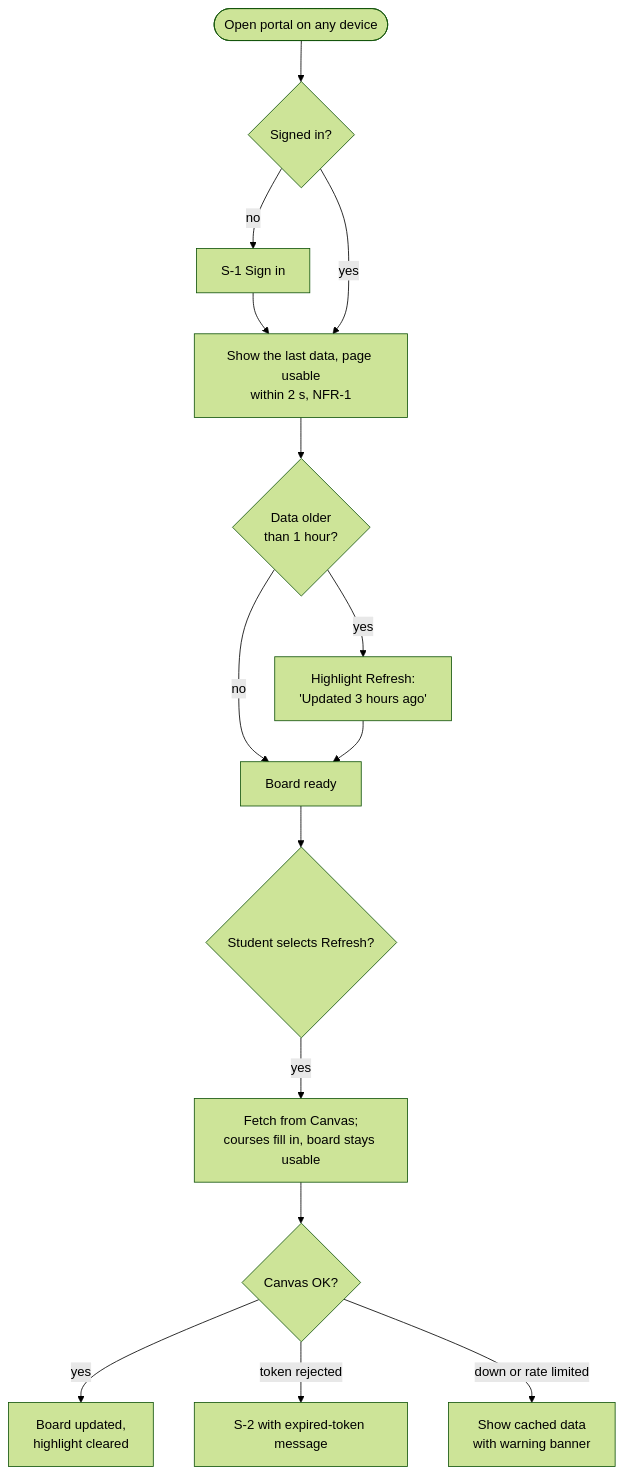
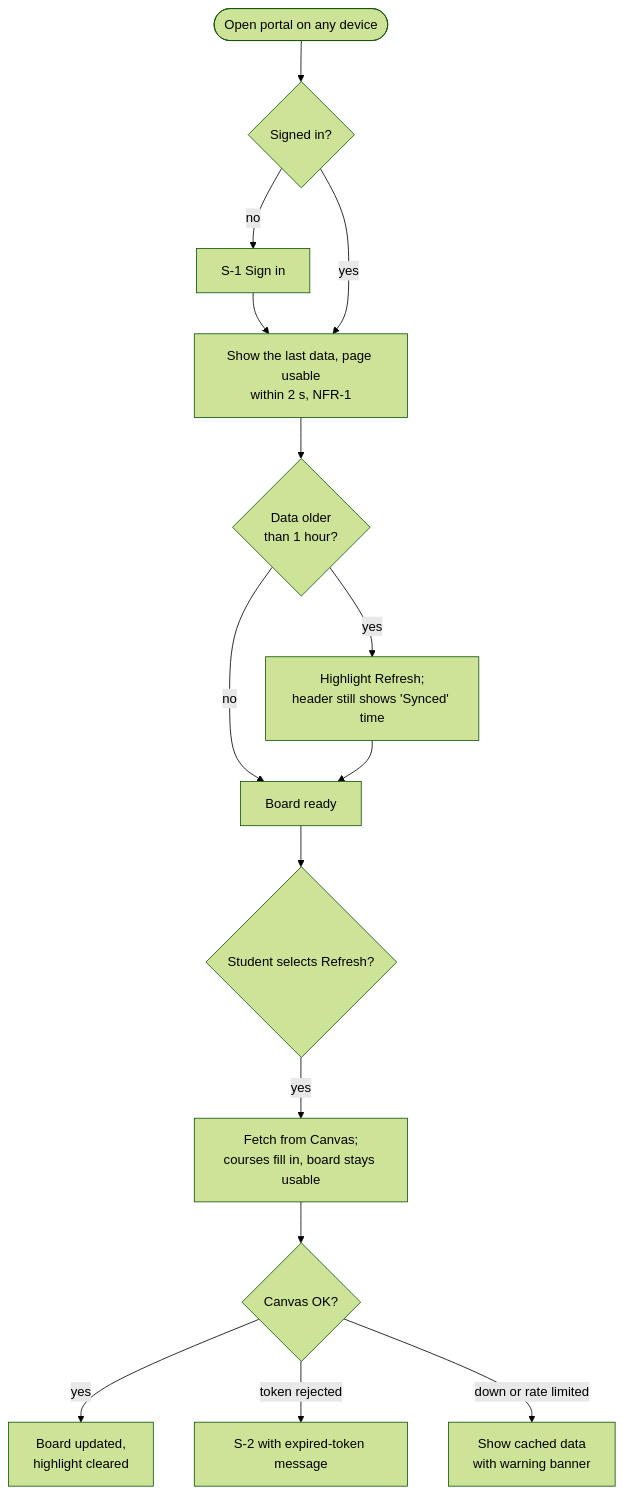
Before and after one commit to bbranton/TestProj: the third of 9 diagrams in docs/canvas-portal/04-wireframes-workflows.md, drawn with Mermaid (forest theme). The commit also changed other lines of this file and 3 other files, not shown here.

First line of the commit message:
Show the last sync time in the header; no hover-only actions

````diff
--- a/docs/canvas-portal/04-wireframes-workflows.md
+++ b/docs/canvas-portal/04-wireframes-workflows.md
@@ -375,16 +377,16 @@
 ```mermaid
 flowchart TD
     A([Open portal on any device]) --> B{Signed in?}
     B -- no --> C[S-1 Sign in] --> D
     B -- yes --> D[Show the last data, page usable<br/>within 2 s, NFR-1]
     D --> E{Data older<br/>than 1 hour?}
-    E -- yes --> K[Highlight Refresh:<br/>'Updated 3 hours ago']
+    E -- yes --> K[Highlight Refresh;<br/>header still shows 'Synced' time]
     E -- no --> G[Board ready]
     K --> G
     G --> L{Student selects Refresh?}
     L -- yes --> F[Fetch from Canvas;<br/>courses fill in, board stays usable]
     F --> H{Canvas OK?}
     H -- yes --> M[Board updated,<br/>highlight cleared]
     H -- token rejected --> I[S-2 with expired-token message]
     H -- down or rate limited --> J[Show cached data<br/>with warning banner]
 ```
````
